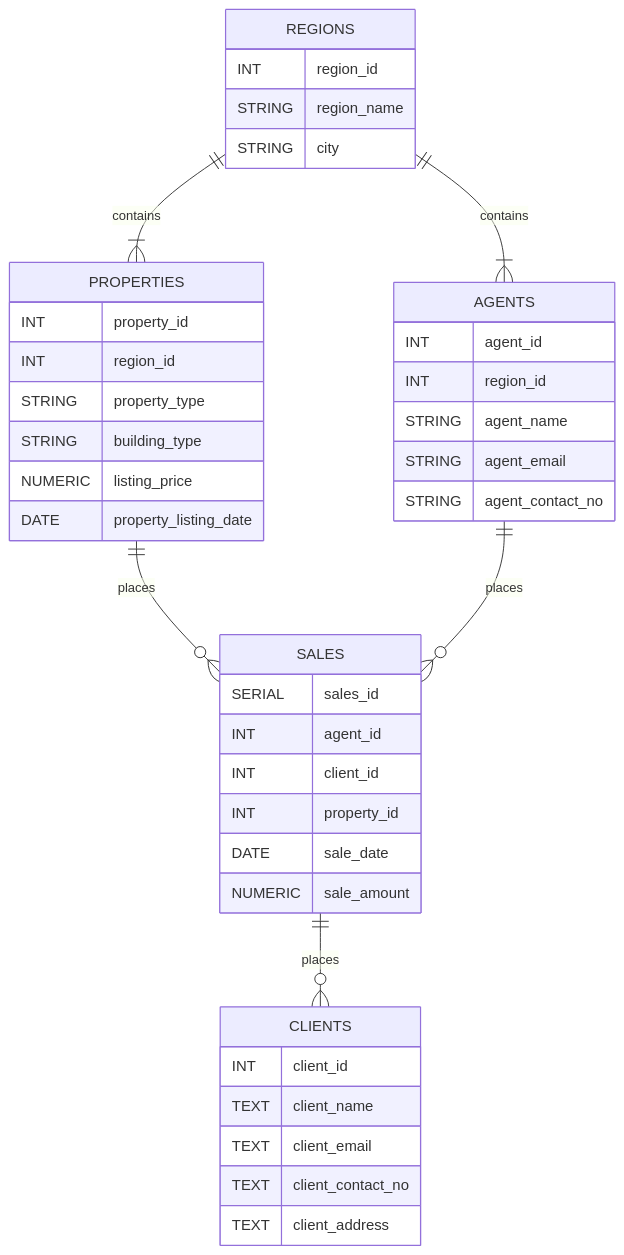
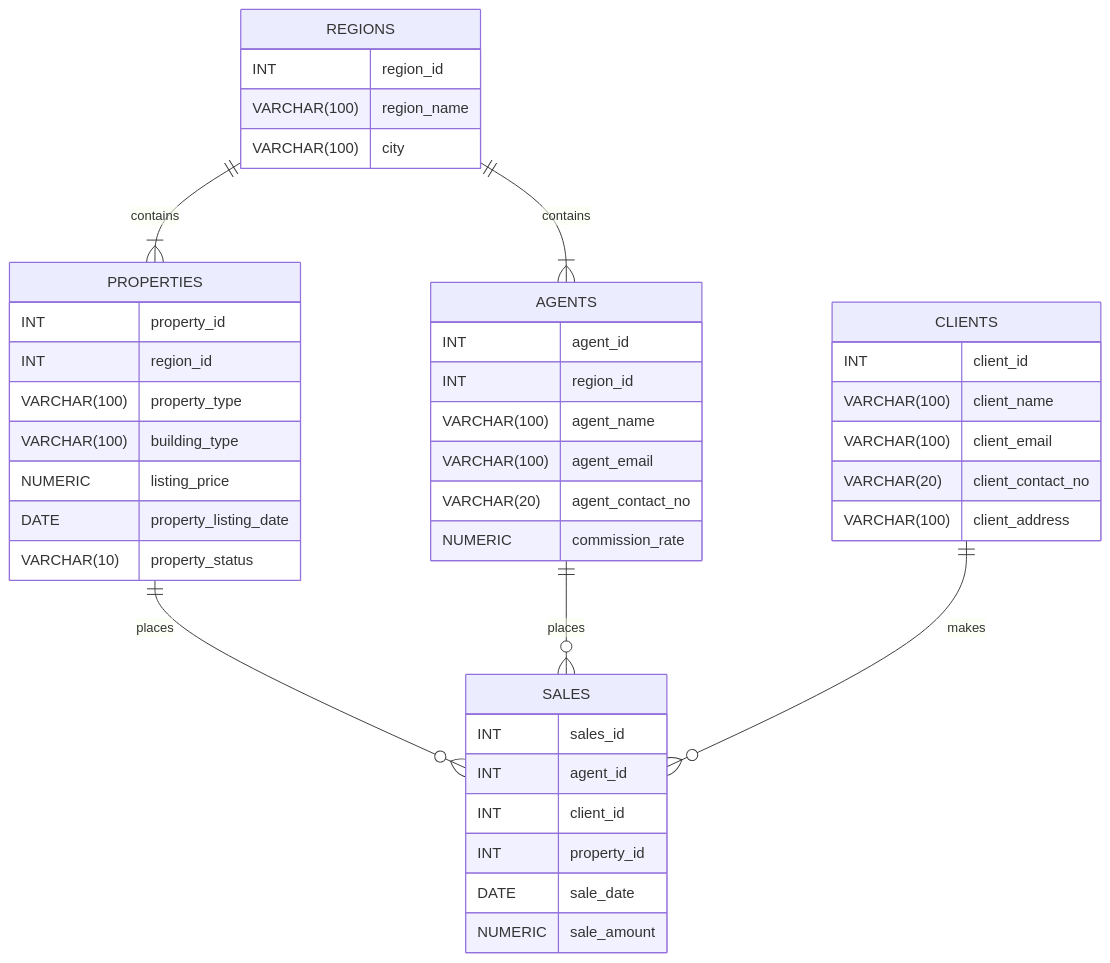
Before and after one commit to djmbiana/re_agency_schema: the diagram in README.md, drawn with Mermaid. The commit also changed other lines of this file and 1 other file, not shown here.

````diff
--- a/README.md
+++ b/README.md
@@ -41,43 +42,45 @@
 ```mermaid
 erDiagram
     REGIONS ||--|{ PROPERTIES : contains 
     REGIONS ||--|{ AGENTS : contains 
     PROPERTIES ||--o{ SALES : places
     AGENTS ||--o{ SALES : places
-    SALES ||--o{ CLIENTS : places
+    CLIENTS ||--o{ SALES : makes
     REGIONS {
         INT region_id
-        STRING region_name
-        STRING city
+        VARCHAR(100) region_name
+        VARCHAR(100) city
     }
     PROPERTIES {
         INT property_id
         INT region_id
-        STRING property_type
-        STRING building_type
+        VARCHAR(100) property_type
+        VARCHAR(100) building_type
         NUMERIC listing_price
         DATE property_listing_date
+        VARCHAR(10) property_status
     }
     AGENTS {
         INT agent_id
         INT region_id
-        STRING agent_name
-        STRING agent_email
-        STRING agent_contact_no
+        VARCHAR(100) agent_name
+        VARCHAR(100) agent_email
+        VARCHAR(20) agent_contact_no
+        NUMERIC commission_rate
     }
     SALES {
-        SERIAL sales_id
+        INT sales_id
         INT agent_id
         INT client_id
         INT property_id
         DATE sale_date
         NUMERIC sale_amount
     }
     CLIENTS {
         INT client_id
-        TEXT client_name 
-        TEXT client_email
-        TEXT client_contact_no
-        TEXT client_address
+        VARCHAR(100) client_name 
+        VARCHAR(100) client_email
+        VARCHAR(20) client_contact_no
+        VARCHAR(100) client_address
     }
 ```
````
